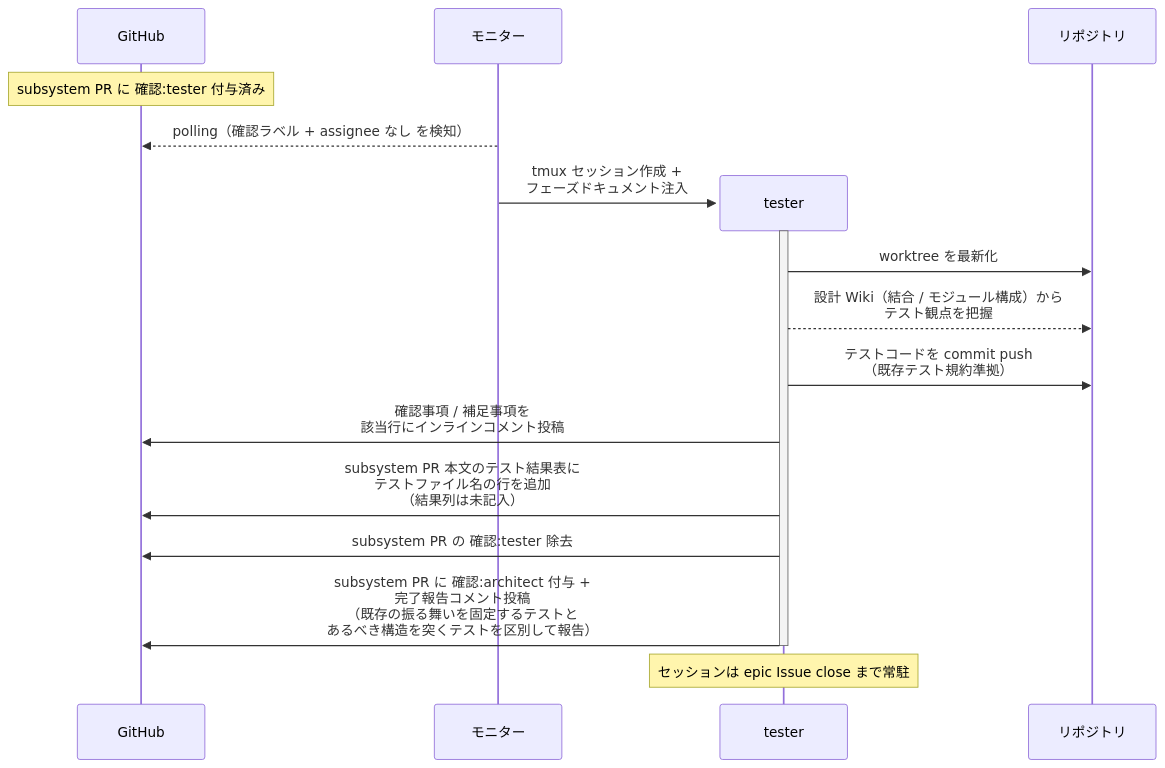
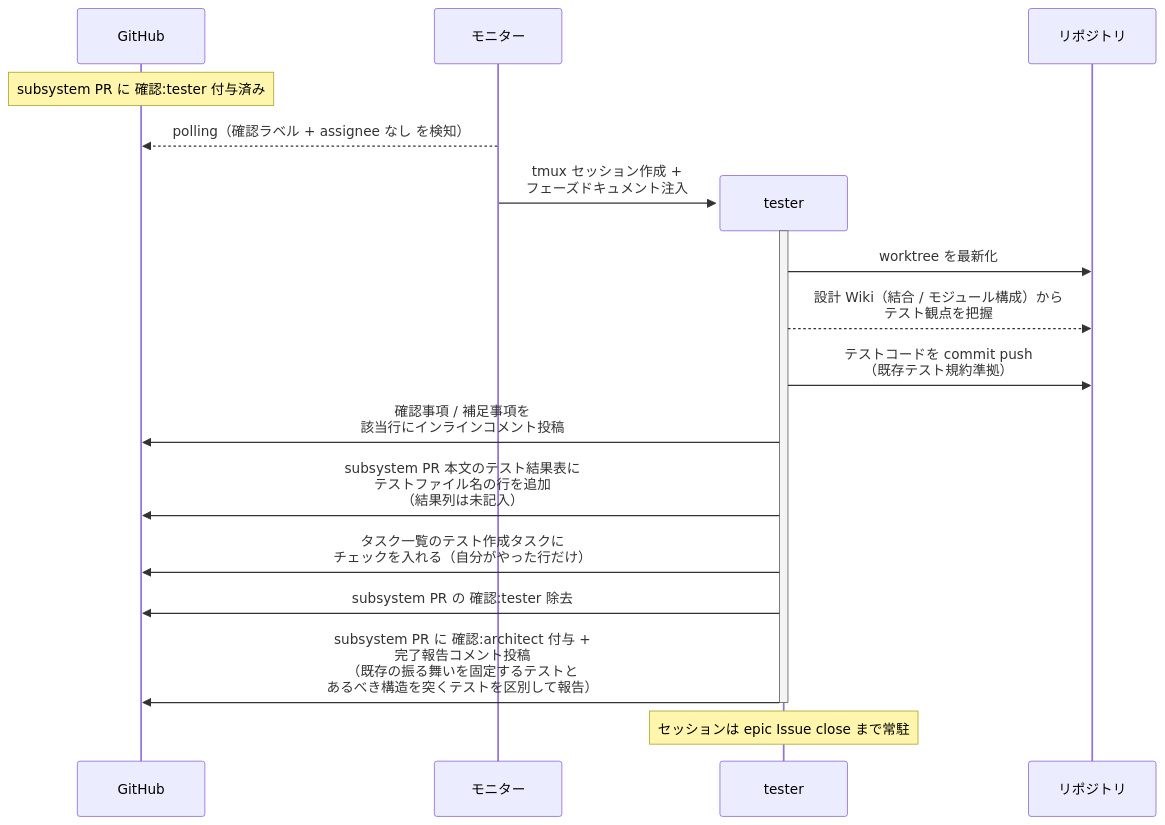
The second of 3 diagrams in docs/wiki/設計図/シナリオ/単一ユースケース/テスト作成.md (shuhei1101/ai-monitor), drawn with Mermaid before and after one commit. The commit also changed other lines of this file and 77 other files, not shown here.

````diff
--- a/docs/wiki/設計図/シナリオ/単一ユースケース/テスト作成.md
+++ b/docs/wiki/設計図/シナリオ/単一ユースケース/テスト作成.md
@@ -72,21 +74,22 @@
 ```mermaid
 sequenceDiagram
   participant GH as GitHub
   participant ORC as モニター
 
   Note over GH: subsystem PR に 確認:tester 付与済み
   ORC-->>GH: polling（確認ラベル + assignee なし を検知）
   create participant MON as tester
   ORC->>MON: tmux セッション作成 +<br>フェーズドキュメント注入
   participant REPO as リポジトリ
   activate MON
   MON->>REPO: worktree を最新化
   MON-->>REPO: 設計 Wiki（結合 / モジュール構成）から<br>テスト観点を把握
   MON->>REPO: テストコードを commit push<br>（既存テスト規約準拠）
   MON->>GH: 確認事項 / 補足事項を<br>該当行にインラインコメント投稿
   MON->>GH: subsystem PR 本文のテスト結果表に<br>テストファイル名の行を追加<br>（結果列は未記入）
+  MON->>GH: タスク一覧のテスト作成タスクに<br>チェックを入れる（自分がやった行だけ）
   MON->>GH: subsystem PR の 確認:tester 除去
   MON->>GH: subsystem PR に 確認:architect 付与 +<br>完了報告コメント投稿<br>（既存の振る舞いを固定するテストと<br>あるべき構造を突くテストを区別して報告）
   deactivate MON
   Note over MON: セッションは epic Issue close まで常駐
 ```
````
